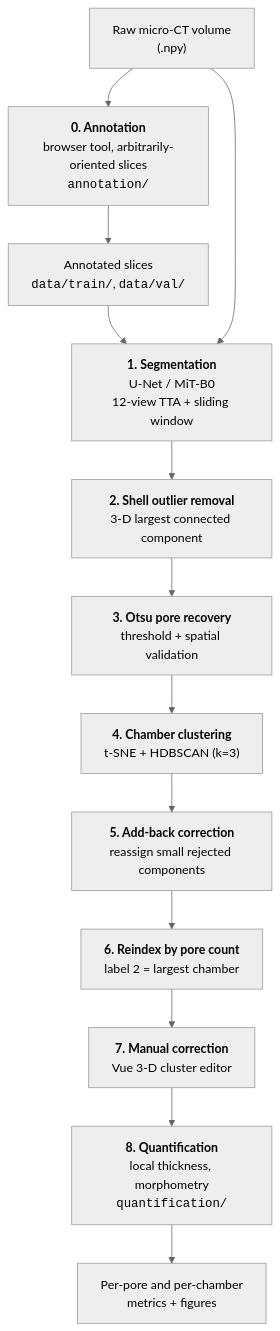
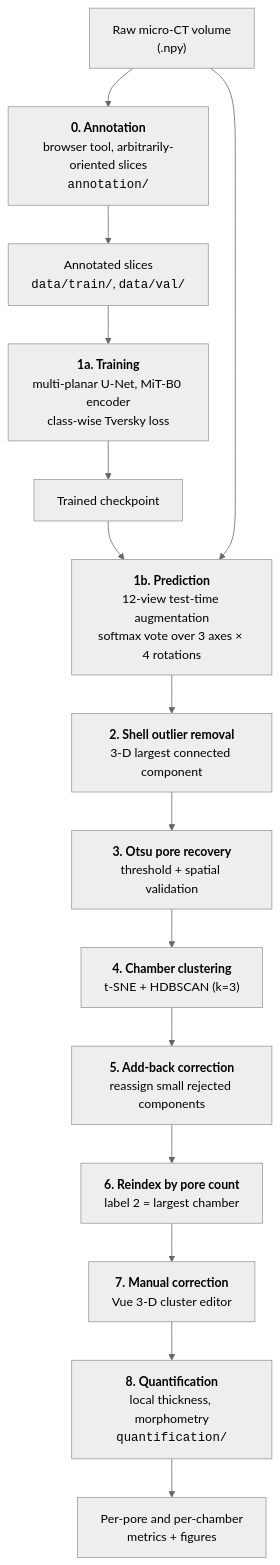
The diagram in README.md (Slangevar/foram_pore_pipeline), drawn with Mermaid (neutral theme) before and after one commit. The commit also changed other lines of this file, not shown here.

````diff
--- a/README.md
+++ b/README.md
@@ -21,15 +21,17 @@
 ```mermaid
 flowchart TD
     V["Raw micro-CT volume<br/>(.npy)"] --> A["<b>0. Annotation</b><br/>browser tool, arbitrarily-oriented slices<br/><code>annotation/</code>"]
     A --> TD["Annotated slices<br/><code>data/train/</code>, <code>data/val/</code>"]
-    TD --> B
-    V --> B["<b>1. Segmentation</b><br/>U-Net / MiT-B0<br/>12-view TTA + sliding window"]
+    TD --> T["<b>1a. Training</b><br/>multi-planar U-Net, MiT-B0 encoder<br/>class-wise Tversky loss"]
+    T --> CK["Trained checkpoint"]
+    CK --> B["<b>1b. Prediction</b><br/>12-view test-time augmentation<br/>softmax vote over 3 axes × 4 rotations"]
+    V --> B
     B --> C["<b>2. Shell outlier removal</b><br/>3-D largest connected component"]
     C --> D["<b>3. Otsu pore recovery</b><br/>threshold + spatial validation"]
     D --> E["<b>4. Chamber clustering</b><br/>t-SNE + HDBSCAN (k=3)"]
     E --> F["<b>5. Add-back correction</b><br/>reassign small rejected components"]
     F --> G["<b>6. Reindex by pore count</b><br/>label 2 = largest chamber"]
     G --> H["<b>7. Manual correction</b><br/>Vue 3-D cluster editor"]
     H --> I["<b>8. Quantification</b><br/>local thickness, morphometry<br/><code>quantification/</code>"]
     I --> J["Per-pore and per-chamber<br/>metrics + figures"]
 ```
````
